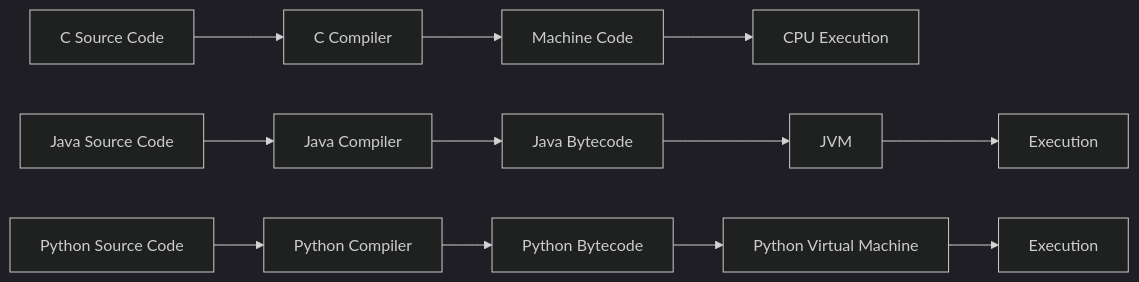
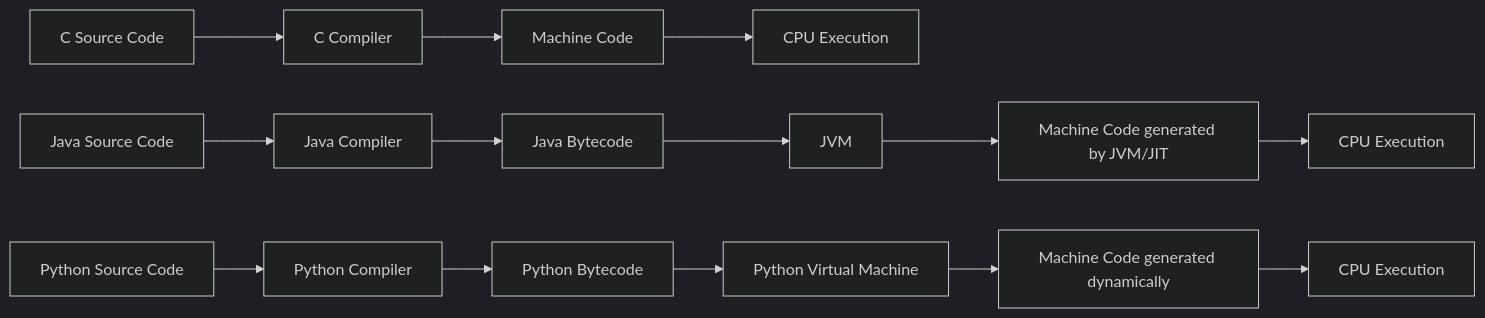
The second of 2 diagrams in cs-for-math-students/01-d-runtime_vs_compiletime.md (didattica/CodeCompendium), drawn with Mermaid (dark theme) before and after one commit.

````diff
--- a/cs-for-math-students/01-d-runtime_vs_compiletime.md
+++ b/cs-for-math-students/01-d-runtime_vs_compiletime.md
@@ -240,17 +240,19 @@
 ```mermaid
 flowchart LR
 
 A[C Source Code] --> B[C Compiler]
 B --> C[Machine Code]
 C --> D[CPU Execution]
 
 E[Java Source Code] --> F[Java Compiler]
 F --> G[Java Bytecode]
 G --> H[JVM]
-H --> I[Execution]
+H --> I[Machine Code generated by JVM/JIT]
+I --> J[CPU Execution]
 
-J[Python Source Code] --> K[Python Compiler]
-K --> L[Python Bytecode]
-L --> M[Python Virtual Machine]
-M --> N[Execution]
+K[Python Source Code] --> L[Python Compiler]
+L --> M[Python Bytecode]
+M --> N[Python Virtual Machine]
+N --> O[Machine Code generated dynamically]
+O --> P[CPU Execution]
 ```
````
